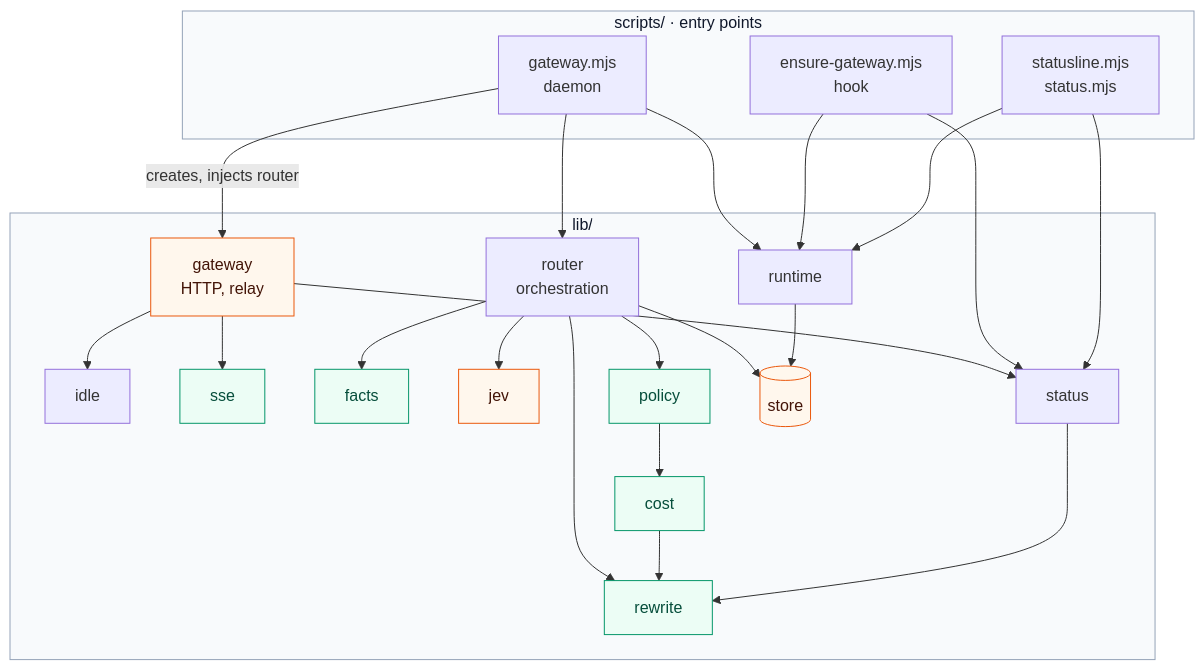
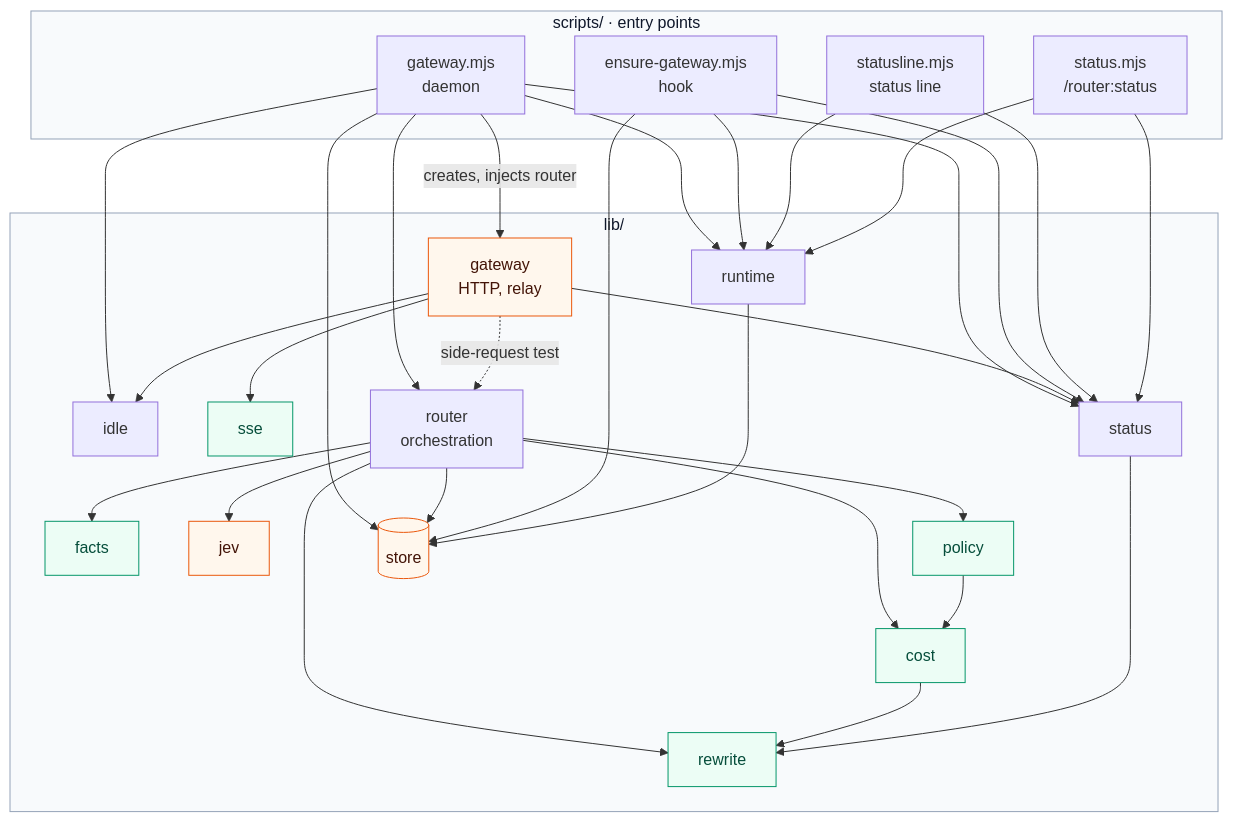
Before and after one commit to alexei-led/claude-router: the sixth of 8 diagrams in docs/architecture.md, drawn with Mermaid. The commit also changed other lines of this file and 30 other files, not shown here.

````diff
--- a/docs/architecture.md
+++ b/docs/architecture.md
@@ -247,39 +266,42 @@
 ```mermaid
 flowchart TD
   subgraph scripts["scripts/ · entry points"]
     D["gateway.mjs<br/>daemon"]
     E["ensure-gateway.mjs<br/>hook"]
-    SL["statusline.mjs<br/>status.mjs"]
+    SL["statusline.mjs<br/>status line"]
+    SC["status.mjs<br/>/router:status"]
   end
   subgraph lib["lib/"]
     GW["gateway<br/>HTTP, relay"]
     IDLE["idle"]
     SSE["sse"]
     RT["router<br/>orchestration"]
     FA["facts"]
     JEV["jev"]
     POL["policy"]
     COST["cost"]
     RW["rewrite"]
     STA["status"]
     STORE[("store")]
     RUN["runtime"]
   end
 
   D -->|"creates, injects router"| GW
-  D --> RT & RUN
+  D --> RT & RUN & IDLE & STA & STORE
   GW --> IDLE & SSE & STA
-  RT --> FA & JEV & POL & RW & STORE
+  GW -.->|"side-request test"| RT
+  RT --> FA & JEV & POL & COST & RW & STORE
   POL --> COST --> RW
   STA --> RW
-  E --> RUN & STA
+  E --> RUN & STA & STORE
   SL --> RUN & STA
+  SC --> RUN & STA
   RUN --> STORE
 
   classDef pure fill:#ecfdf5,stroke:#059669,color:#064e3b
   classDef io fill:#fff7ed,stroke:#ea580c,color:#431407
   class FA,POL,COST,RW,SSE pure
   class STORE,GW,JEV io
   style scripts fill:#f8fafc,stroke:#94a3b8,color:#0f172a
   style lib fill:#f8fafc,stroke:#94a3b8,color:#0f172a
 ```
````
